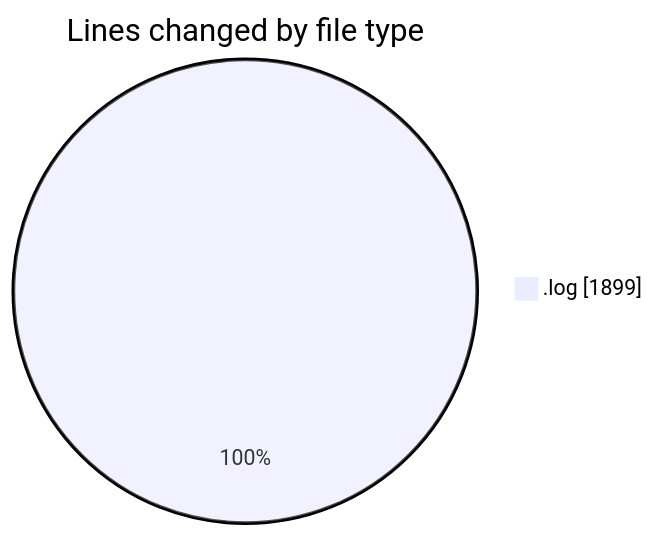
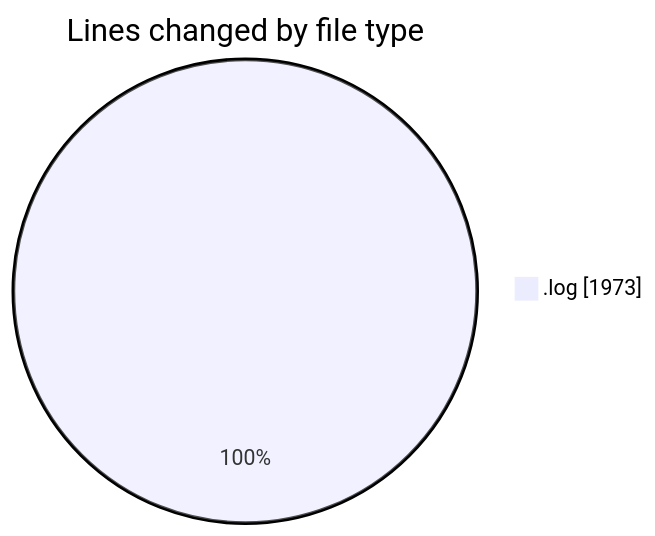
The first of 2 diagrams in 2026-04-20/assignment_2/README.md (Unknowalive/code-tracking), drawn with Mermaid before and after one commit. The commit also changed other lines of this file and 1 other file, not shown here.

````diff
--- a/2026-04-20/assignment_2/README.md
+++ b/2026-04-20/assignment_2/README.md
@@ -21,5 +21,5 @@
 ```mermaid
 pie showData
 title Lines changed by file type
-".log" : 1899
+".log" : 1973
 ```
````
